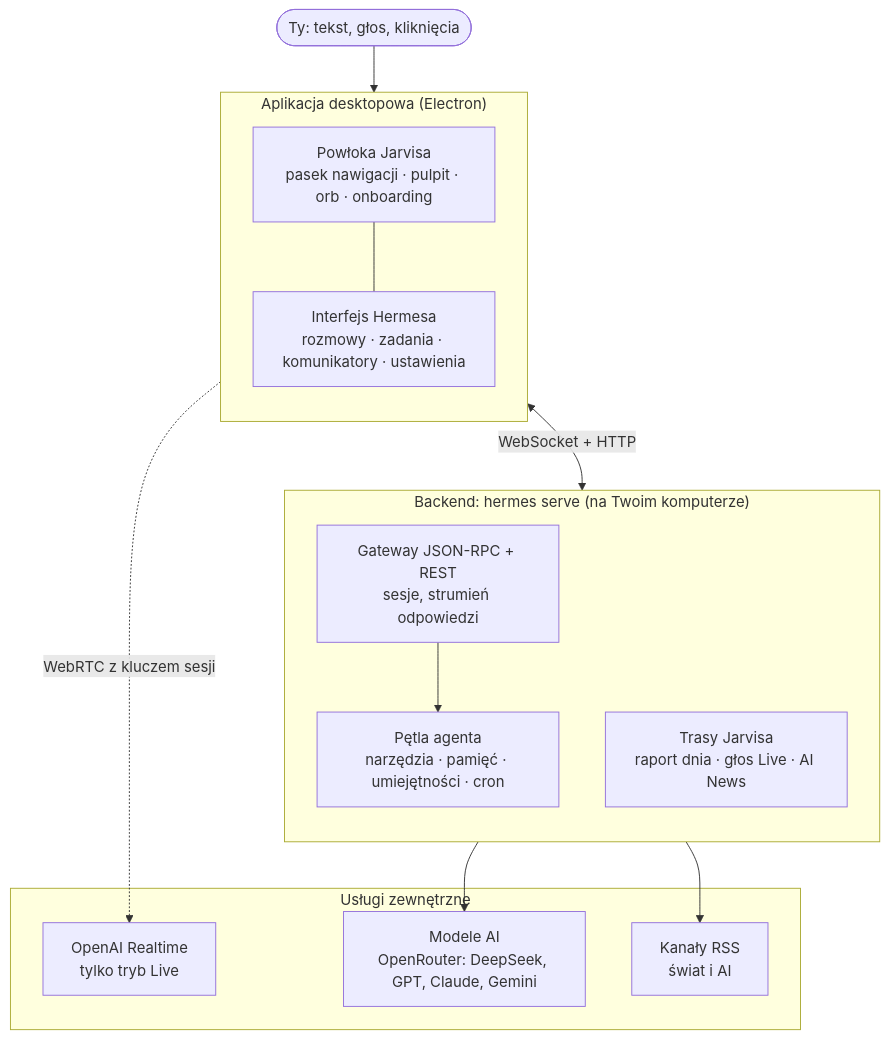
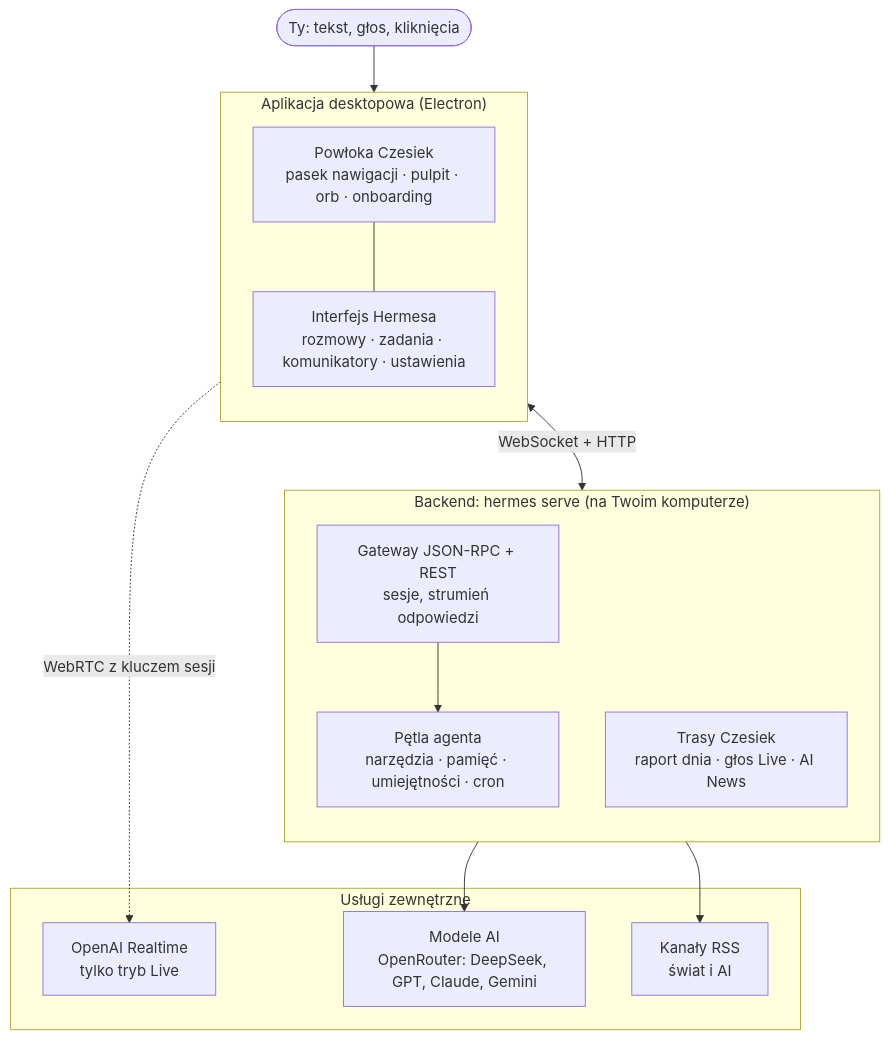
One commit to aievolutionpl/ai-evolution-jarvis changed the second of 14 diagrams in README.md. Above: the diagram before and after it, drawn with Mermaid. The commit also changed other lines of this file, not shown here.

Commit message:
docs(readme): narracja Agent Czesiek + szybki start na gorze, dlugie sekcje w dol (#44)

````diff
--- a/README.md
+++ b/README.md
@@ -169,31 +186,31 @@
 ```mermaid
 flowchart TB
     U(["Ty: tekst, głos, kliknięcia"])
 
     subgraph APP["Aplikacja desktopowa (Electron)"]
         direction TB
-        SHELL["Powłoka Jarvisa<br/>pasek nawigacji · pulpit · orb · onboarding"]
+        SHELL["Powłoka Czesiek<br/>pasek nawigacji · pulpit · orb · onboarding"]
         RT["Interfejs Hermesa<br/>rozmowy · zadania · komunikatory · ustawienia"]
         SHELL --- RT
     end
 
     subgraph BE["Backend: hermes serve (na Twoim komputerze)"]
         direction TB
         GW["Gateway JSON-RPC + REST<br/>sesje, strumień odpowiedzi"]
         AG["Pętla agenta<br/>narzędzia · pamięć · umiejętności · cron"]
-        API["Trasy Jarvisa<br/>raport dnia · głos Live · AI News"]
+        API["Trasy Czesiek<br/>raport dnia · głos Live · AI News"]
         GW --> AG
     end
 
     subgraph EXT["Usługi zewnętrzne"]
         LLM["Modele AI<br/>OpenRouter: DeepSeek, GPT, Claude, Gemini"]
         RTV["OpenAI Realtime<br/>tylko tryb Live"]
         RSS["Kanały RSS<br/>świat i AI"]
     end
 
     U --> APP
     APP <-->|"WebSocket + HTTP"| BE
     AG --> LLM
     API --> RSS
     APP -.->|"WebRTC z kluczem sesji"| RTV
 ```
````
